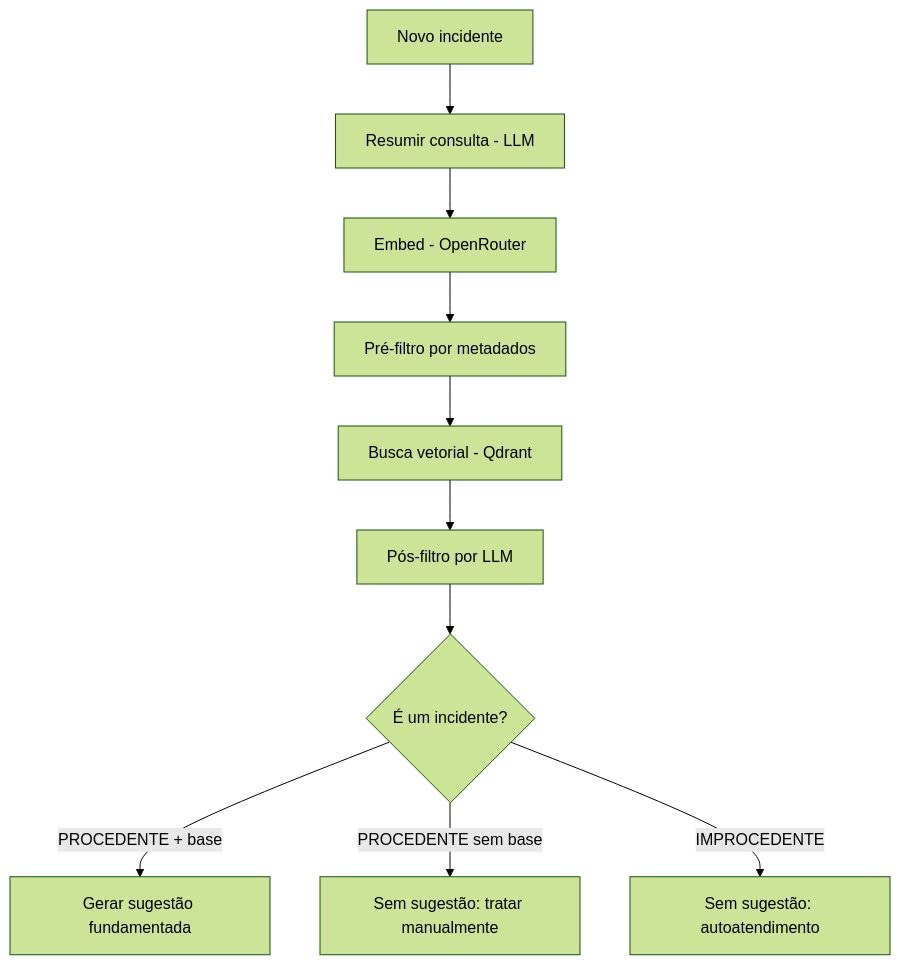
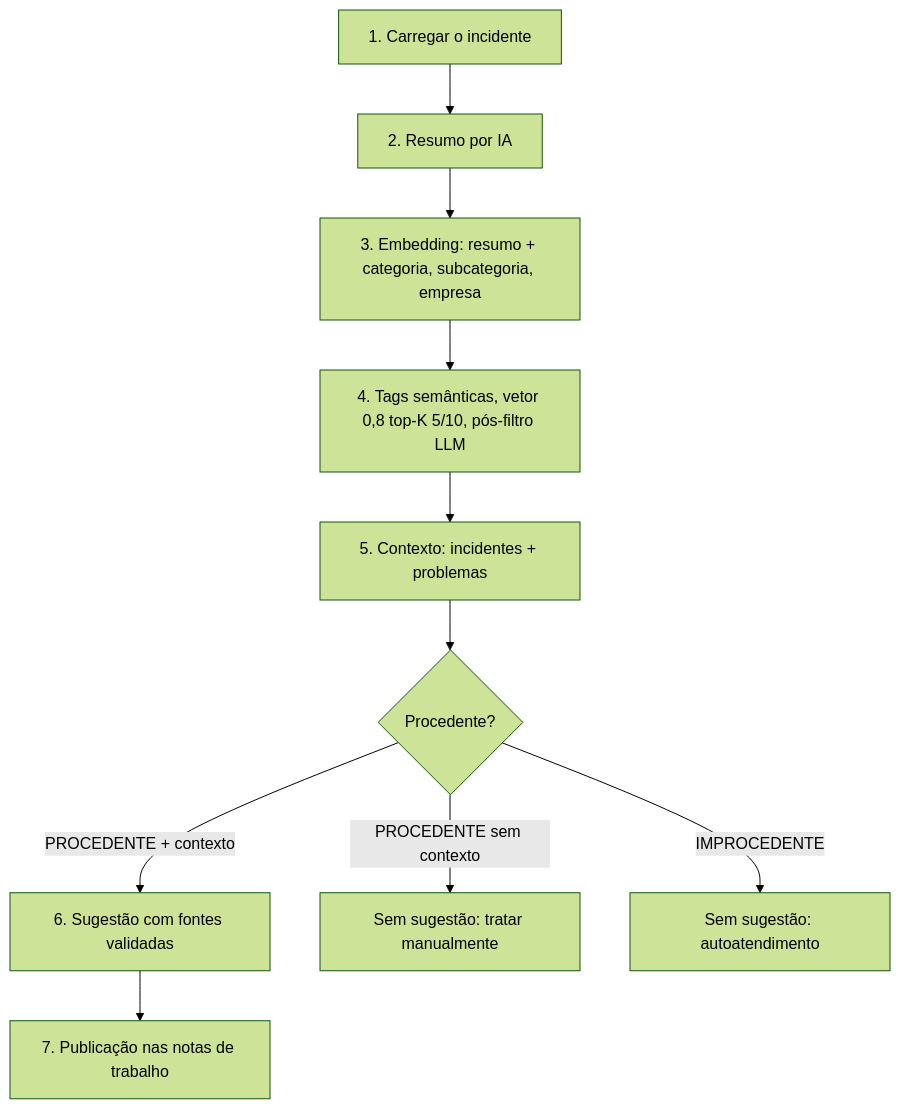
Before and after one commit to johnlaff/incident-sense: the second of 2 diagrams in docs/architecture.md, drawn with Mermaid (forest theme). The commit also changed other lines of this file and 7 other files, not shown here.

````diff
--- a/docs/architecture.md
+++ b/docs/architecture.md
@@ -53,12 +53,12 @@
 ```mermaid
 flowchart TD
-    A[Novo incidente] --> B[Resumir consulta - LLM]
-    B --> C[Embed - OpenRouter]
-    C --> D[Pré-filtro por metadados]
-    D --> E[Busca vetorial - Qdrant]
-    E --> F[Pós-filtro por LLM]
-    F --> G{É um incidente?}
-    G -- PROCEDENTE + base --> H[Gerar sugestão fundamentada]
-    G -- PROCEDENTE sem base --> J[Sem sugestão: tratar manualmente]
+    A[1. Carregar o incidente] --> B[2. Resumo por IA]
+    B --> C[3. Embedding: resumo + categoria, subcategoria, empresa]
+    C --> D[4. Tags semânticas, vetor 0,8 top-K 5/10, pós-filtro LLM]
+    D --> E[5. Contexto: incidentes + problemas]
+    E --> G{Procedente?}
+    G -- PROCEDENTE + contexto --> H[6. Sugestão com fontes validadas]
+    H --> P[7. Publicação nas notas de trabalho]
+    G -- PROCEDENTE sem contexto --> J[Sem sugestão: tratar manualmente]
     G -- IMPROCEDENTE --> I[Sem sugestão: autoatendimento]
 ```
````
